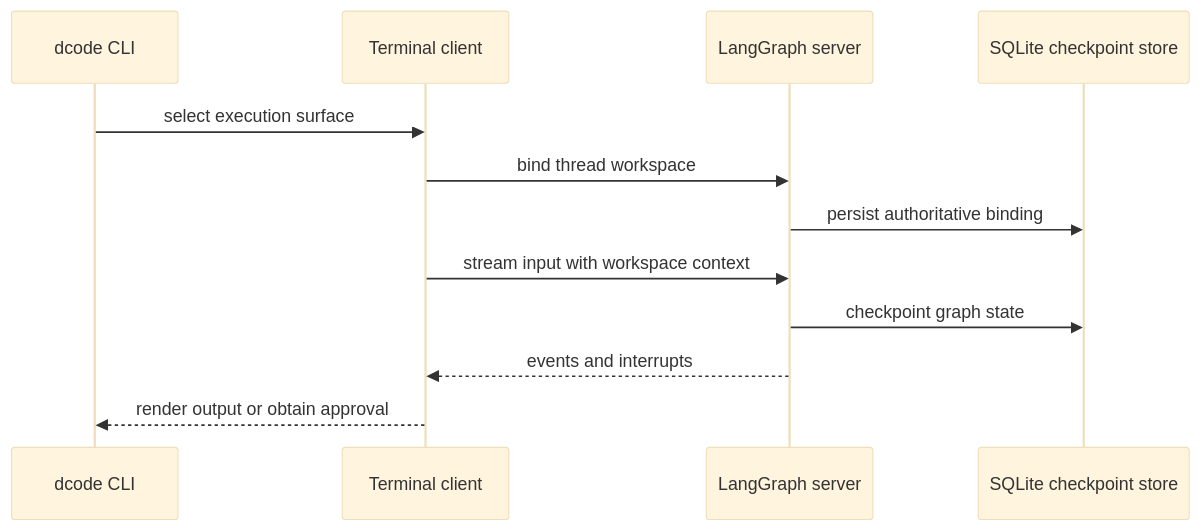
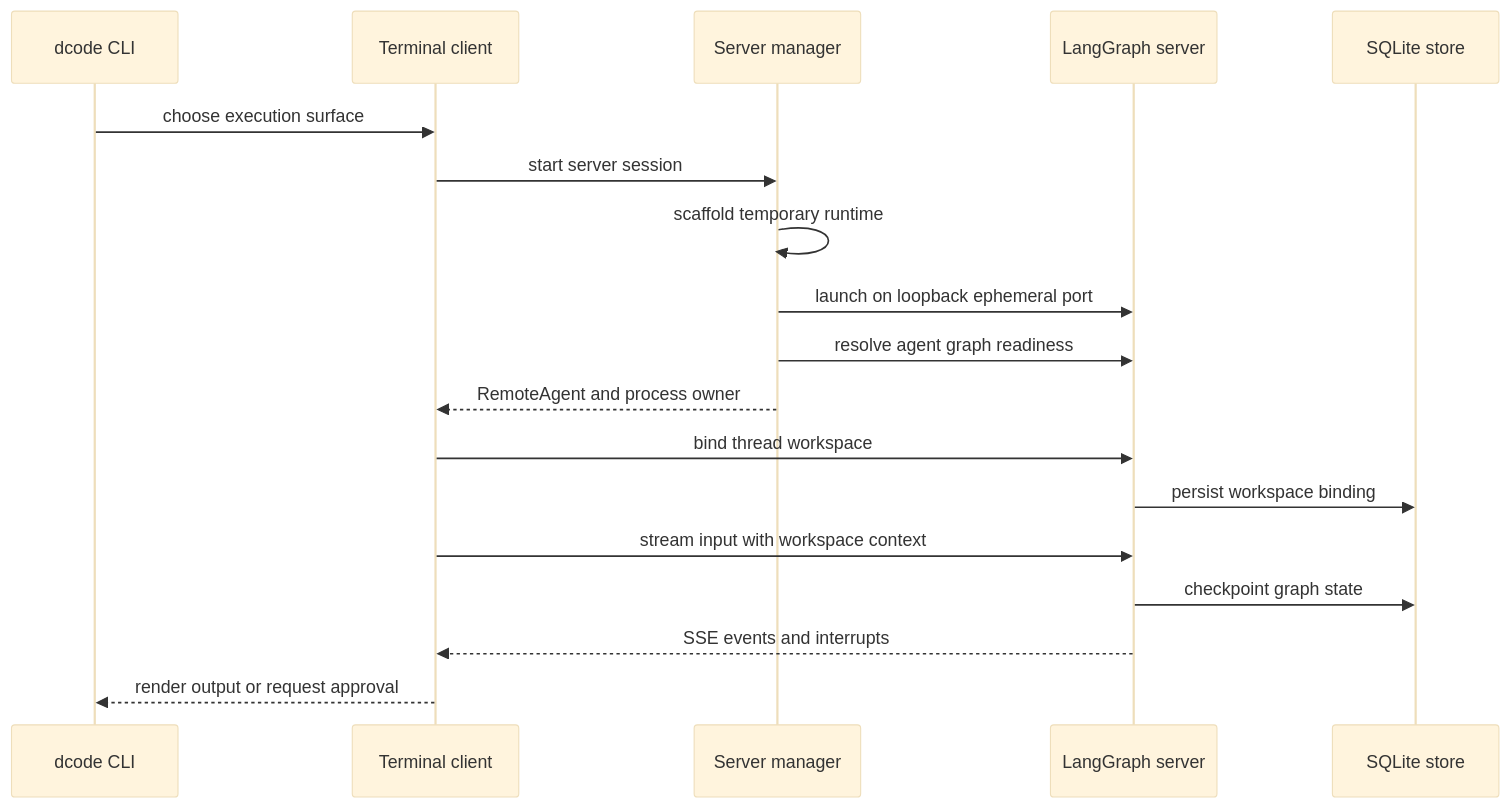
One commit to langchain-ai/deepagents changed the first of 3 diagrams in openwiki/architecture/code-agent.md. Above: the diagram before and after it, drawn with Mermaid (base theme). The commit also changed other lines of this file and 53 other files, not shown here.

````diff
--- a/openwiki/architecture/code-agent.md
+++ b/openwiki/architecture/code-agent.md
@@ -45,14 +58,20 @@
 ```mermaid
 sequenceDiagram
     participant CLI as dcode CLI
     participant Client as Terminal client
+    participant Launcher as Server manager
     participant Server as LangGraph server
-    participant Store as SQLite checkpoint store
-    CLI->>Client: select execution surface
+    participant Store as SQLite store
+    CLI->>Client: choose execution surface
+    Client->>Launcher: start server session
+    Launcher->>Launcher: scaffold temporary runtime
+    Launcher->>Server: launch on loopback ephemeral port
+    Launcher->>Server: resolve agent graph readiness
+    Launcher-->>Client: RemoteAgent and process owner
     Client->>Server: bind thread workspace
-    Server->>Store: persist authoritative binding
+    Server->>Store: persist workspace binding
     Client->>Server: stream input with workspace context
     Server->>Store: checkpoint graph state
-    Server-->>Client: events and interrupts
-    Client-->>CLI: render output or obtain approval
+    Server-->>Client: SSE events and interrupts
+    Client-->>CLI: render output or request approval
 ```
````
